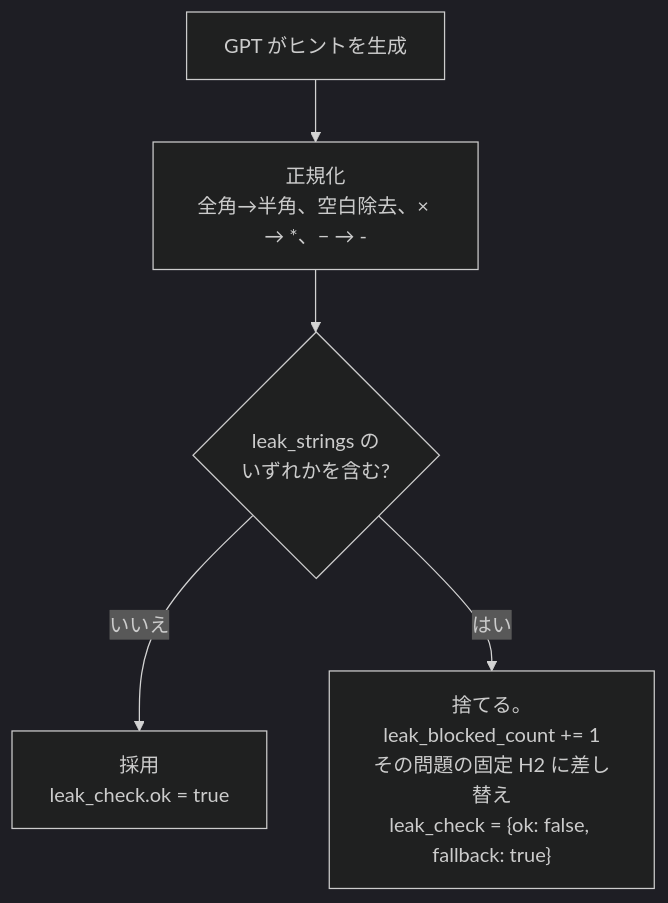
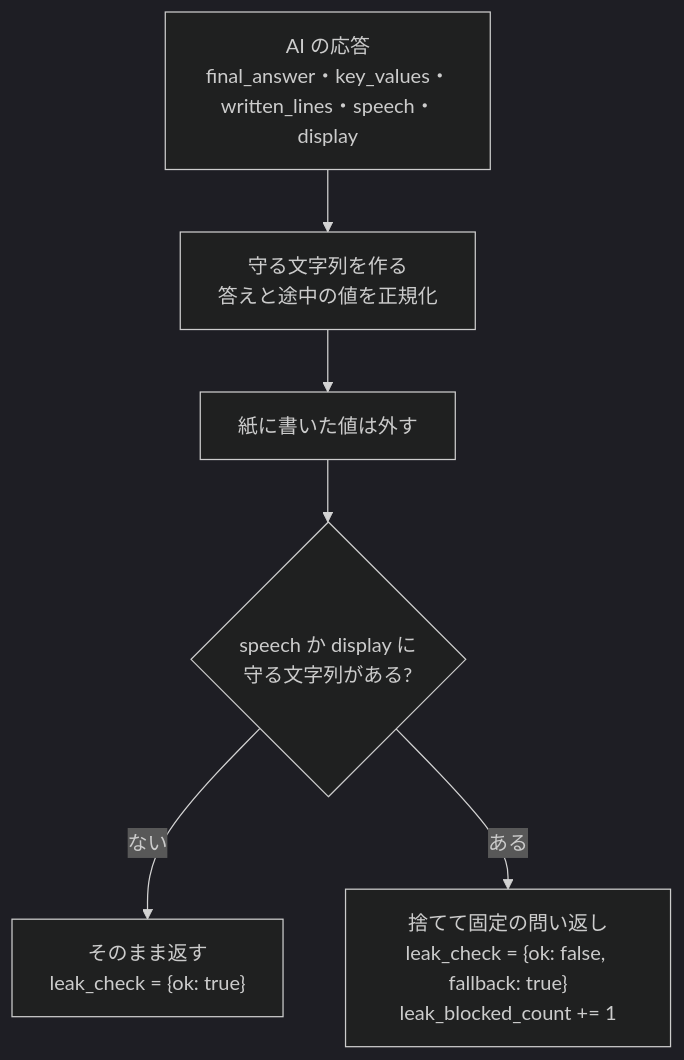
Before and after one commit to jphacks/os_2601: the diagram in docs/05_hint_policy.md, drawn with Mermaid (dark theme). The commit also changed other lines of this file and 12 other files, not shown here.

````diff
--- a/docs/05_hint_policy.md
+++ b/docs/05_hint_policy.md
@@ -121,7 +55,8 @@
 ```mermaid
 flowchart TD
-  G["GPT がヒントを生成"] --> N["正規化<br/>全角→半角、空白除去、× → *、− → -"]
-  N --> M{"leak_strings の<br/>いずれかを含む?"}
-  M -- "いいえ" --> OK["採用<br/>leak_check.ok = true"]
-  M -- "はい" --> F["捨てる。leak_blocked_count += 1<br/>その問題の固定 H2 に差し替え<br/>leak_check = {ok: false, fallback: true}"]
+  A["AI の応答<br/>final_answer・key_values・written_lines・speech・display"] --> B["守る文字列を作る<br/>答えと途中の値を正規化"]
+  B --> C["紙に書いた値は外す"]
+  C --> D{"speech か display に<br/>守る文字列がある?"}
+  D -- "ない" --> OK["そのまま返す<br/>leak_check = {ok: true}"]
+  D -- "ある" --> F["捨てて固定の問い返し<br/>leak_check = {ok: false, fallback: true}<br/>leak_blocked_count += 1"]
 ```
````
